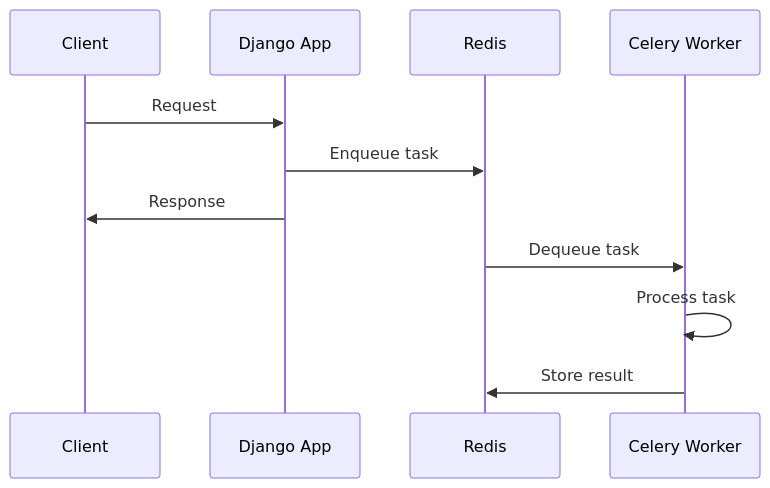
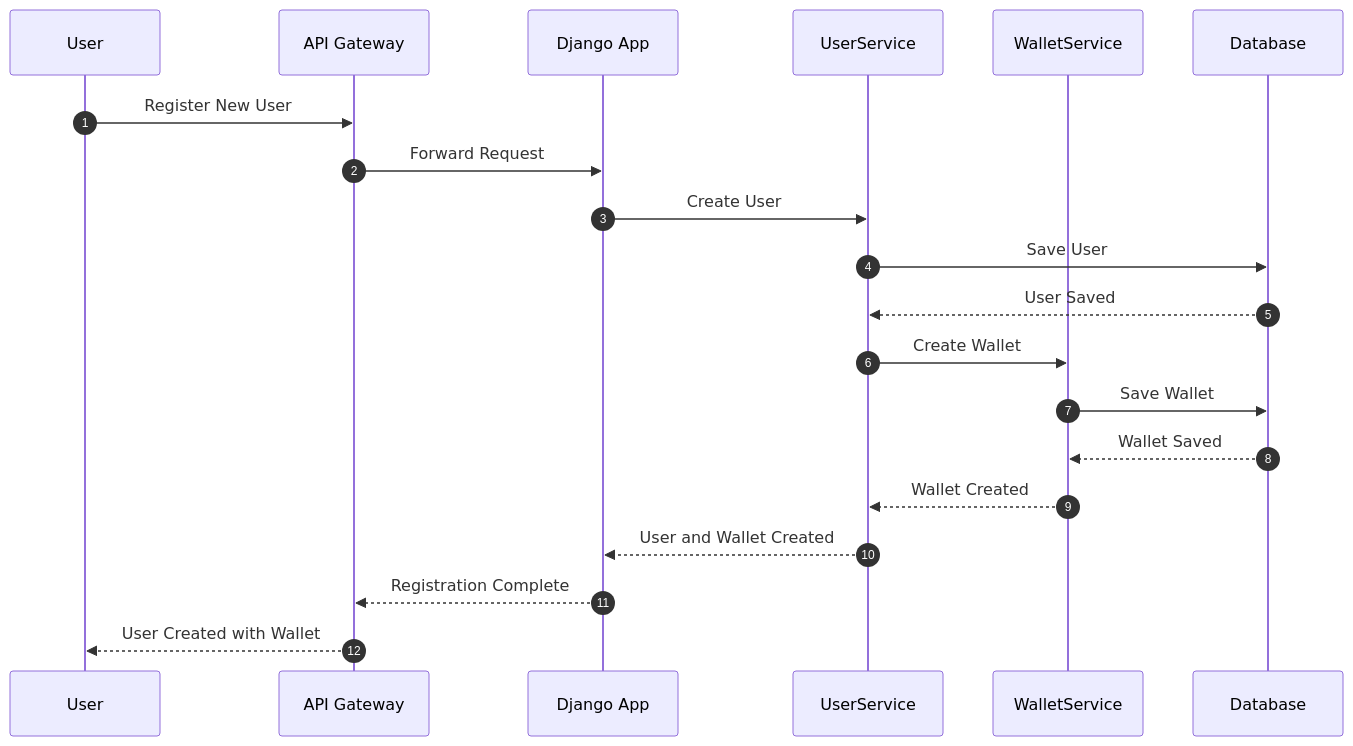
The third of 5 diagrams in README.md (rezamobaraki/crypto-exchange), drawn with Mermaid before and after one commit. The commit also changed other lines of this file and 75 other files, not shown here.

````diff
--- a/README.md
+++ b/README.md
@@ -3,13 +266,22 @@
 ```mermaid
 sequenceDiagram
-    participant C as Client
+    autonumber
+    participant U as User
+    participant A as API Gateway
     participant D as Django App
-    participant R as Redis
-    participant W as Celery Worker
-    C ->> D: Request
-    D ->> R: Enqueue task
-    D ->> C: Response
-    R ->> W: Dequeue task
-    W ->> W: Process task
-    W ->> R: Store result
+    participant US as UserService
+    participant WS as WalletService
+    participant DB as Database
+    U ->> A: Register New User
+    A ->> D: Forward Request
+    D ->> US: Create User
+    US ->> DB: Save User
+    DB -->> US: User Saved
+    US ->> WS: Create Wallet
+    WS ->> DB: Save Wallet
+    DB -->> WS: Wallet Saved
+    WS -->> US: Wallet Created
+    US -->> D: User and Wallet Created
+    D -->> A: Registration Complete
+    A -->> U: User Created with Wallet
 ```
````
